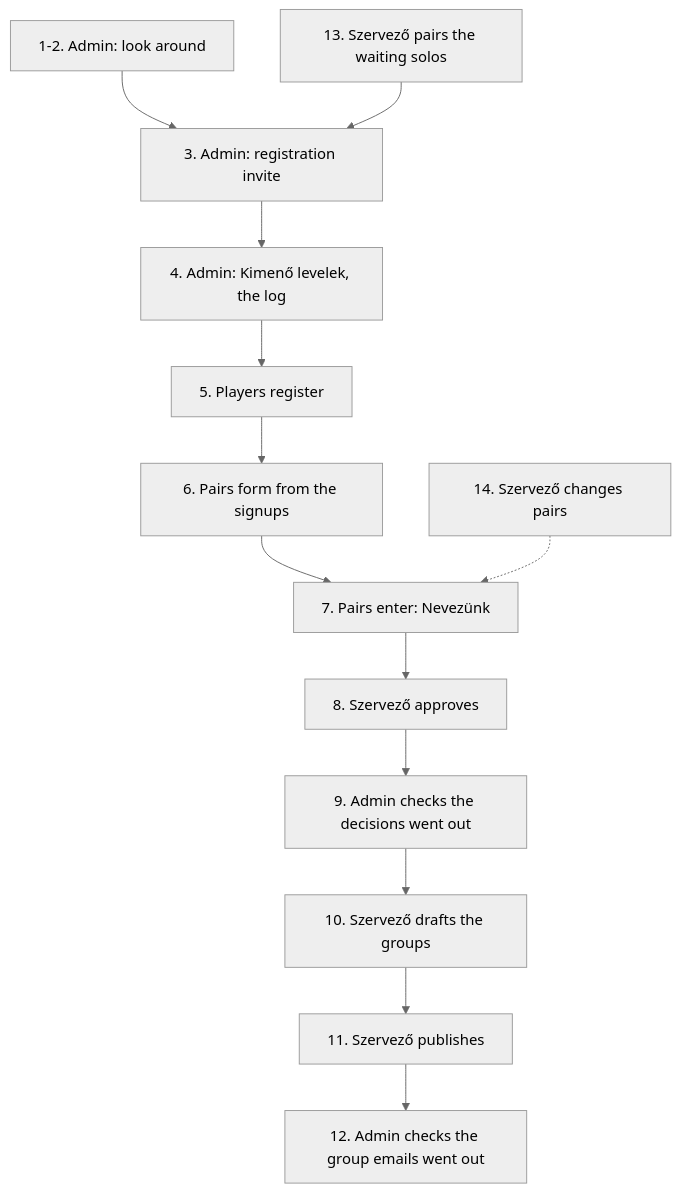
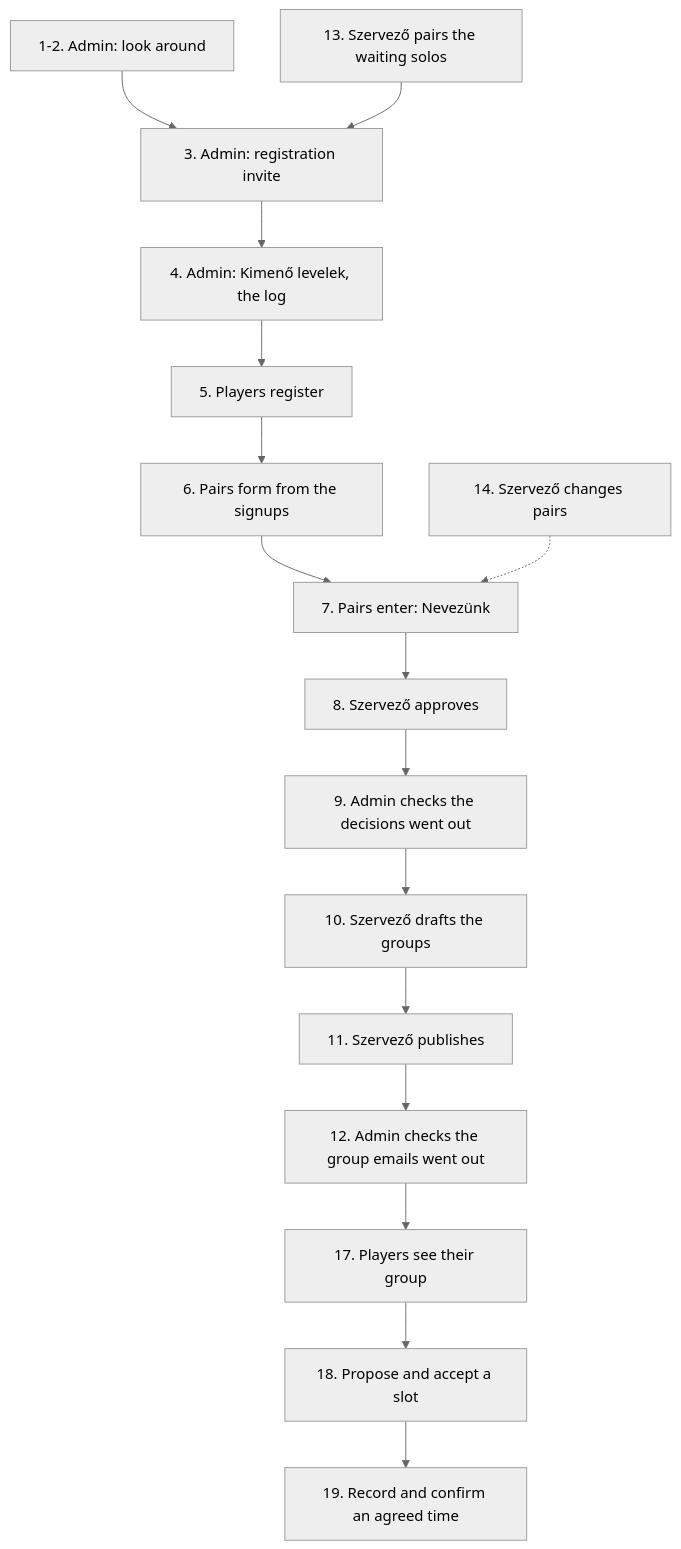
The diagram in docs/walkthrough.md (devel0peter/padel-liga), drawn with Mermaid (neutral theme) before and after one commit. The commit also changed other lines of this file and 16 other files, not shown here.

First line of the commit message:
feat: let pairs propose, accept and counter-propose match slots (#26)

````diff
--- a/docs/walkthrough.md
+++ b/docs/walkthrough.md
@@ -90,15 +90,18 @@
 ```mermaid
 flowchart TD
   A["1-2. Admin: look around"] --> B["3. Admin: registration invite"]
   B --> C["4. Admin: Kimenő levelek, the log"]
   C --> D["5. Players register"]
   D --> E["6. Pairs form from the signups"]
   E --> F["7. Pairs enter: Nevezünk"]
   F --> G["8. Szervező approves"]
   G --> H["9. Admin checks the decisions went out"]
   H --> I["10. Szervező drafts the groups"]
   I --> J["11. Szervező publishes"]
   J --> K["12. Admin checks the group emails went out"]
+  K --> N["17. Players see their group"]
+  N --> O["18. Propose and accept a slot"]
+  O --> P["19. Record and confirm an agreed time"]
   L["13. Szervező pairs the waiting solos"] --> B
   M["14. Szervező changes pairs"] -.-> F
 ```
````
